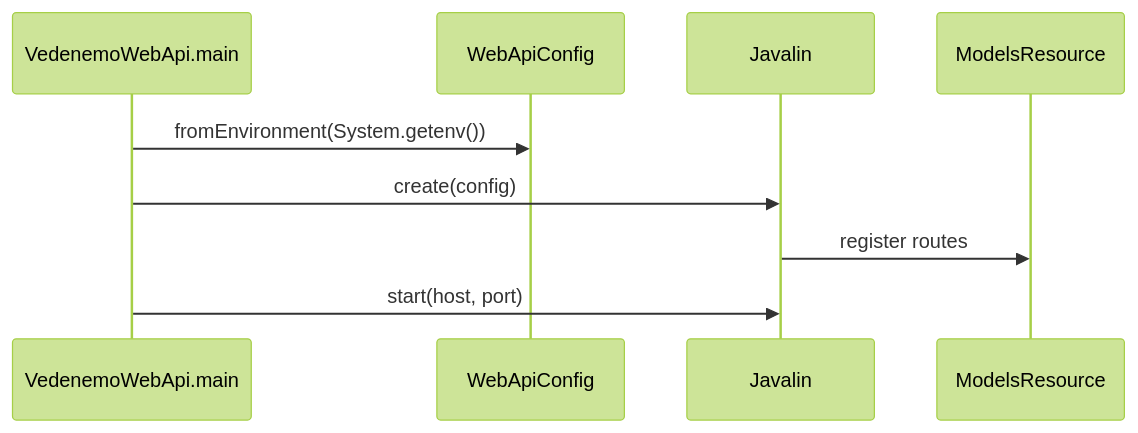
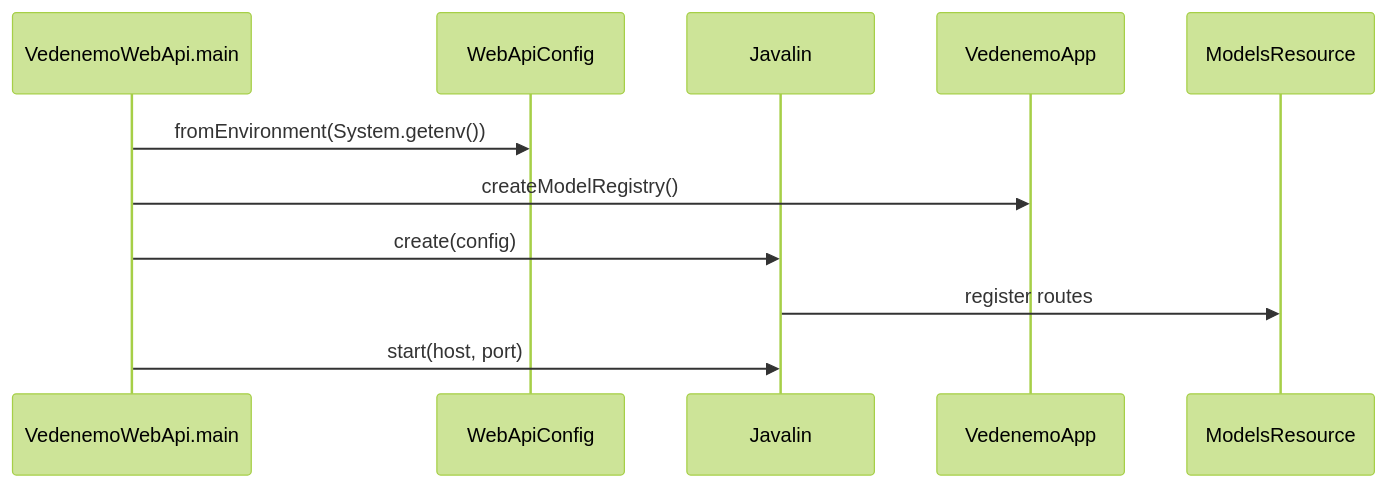
The second of 4 diagrams in docs/architecture_doc.md (VedenemoDev/VedenemoMonorepo), drawn with Mermaid (forest theme) before and after one commit. The commit also changed other lines of this file and 13 other files, not shown here.

First line of the commit message:
Add ModelRoot registry and model REST endpoints

````diff
--- a/docs/architecture_doc.md
+++ b/docs/architecture_doc.md
@@ -156,12 +178,14 @@
 ```mermaid
 sequenceDiagram
     participant Main as VedenemoWebApi.main
     participant Config as WebApiConfig
     participant Javalin as Javalin
+    participant App as VedenemoApp
     participant Resource as ModelsResource
 
     Main->>Config: fromEnvironment(System.getenv())
+    Main->>App: createModelRegistry()
     Main->>Javalin: create(config)
     Javalin->>Resource: register routes
     Main->>Javalin: start(host, port)
 ```
````
